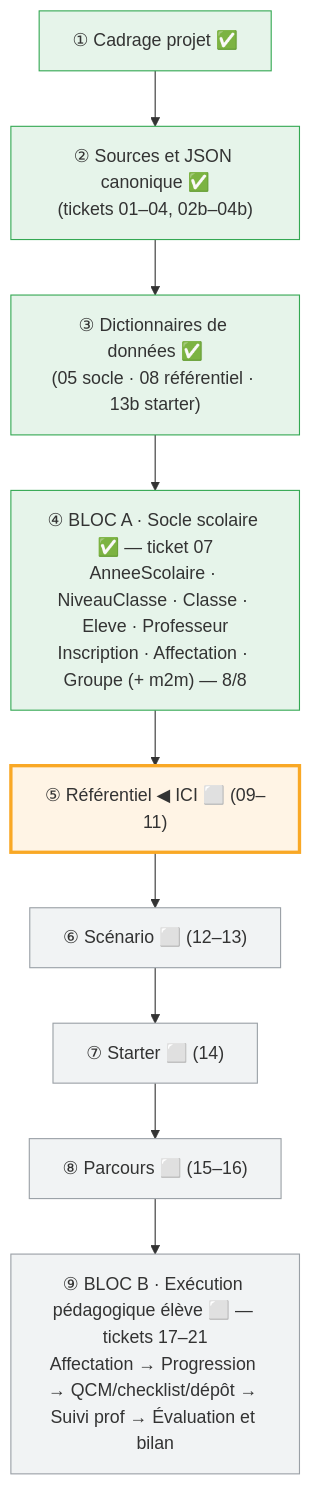
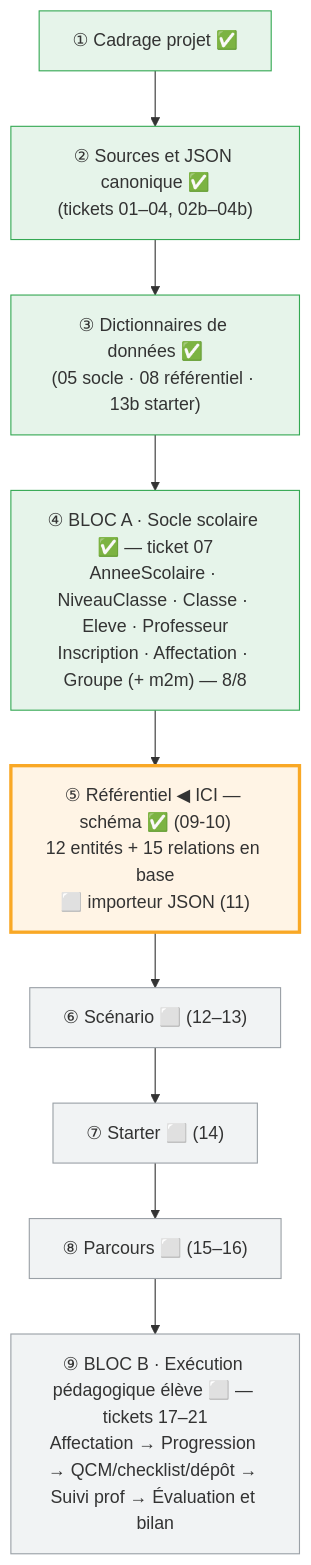
One commit to caucrogeGit/ReferenCiel-Manager changed the diagram in docs/journal-de-progression.md. Above: the diagram before and after it, drawn with Mermaid. The commit also changed other lines of this file, not shown here.

First line of the commit message:
docs(journal): phase ⑤ Référentiel — schéma (09-10) fait, catalogue + tunnel à jour

````diff
--- a/docs/journal-de-progression.md
+++ b/docs/journal-de-progression.md
@@ -637,19 +677,19 @@
 ```mermaid
 flowchart TD
     A["① Cadrage projet ✅"]
     B["② Sources et JSON canonique ✅<br/>(tickets 01–04, 02b–04b)"]
     C["③ Dictionnaires de données ✅<br/>(05 socle · 08 référentiel · 13b starter)"]
     D["④ BLOC A · Socle scolaire ✅ — ticket 07<br/>AnneeScolaire · NiveauClasse · Classe · Eleve · Professeur<br/>Inscription · Affectation · Groupe (+ m2m) — 8/8"]
-    E["⑤ Référentiel ◀ ICI ⬜ (09–11)"]
+    E["⑤ Référentiel ◀ ICI — schéma ✅ (09-10)<br/>12 entités + 15 relations en base<br/>⬜ importeur JSON (11)"]
     F["⑥ Scénario ⬜ (12–13)"]
     G["⑦ Starter ⬜ (14)"]
     H["⑧ Parcours ⬜ (15–16)"]
     I["⑨ BLOC B · Exécution pédagogique élève ⬜ — tickets 17–21<br/>Affectation → Progression → QCM/checklist/dépôt → Suivi prof → Évaluation et bilan"]
     A --> B --> C --> D --> E --> F --> G --> H --> I
     classDef done fill:#e6f4ea,stroke:#34a853;
     classDef current fill:#fff4e5,stroke:#f9a825,stroke-width:3px;
     classDef todo fill:#f1f3f4,stroke:#9aa0a6;
     class A,B,C,D done
     class E current
     class F,G,H,I todo
 ```
````
